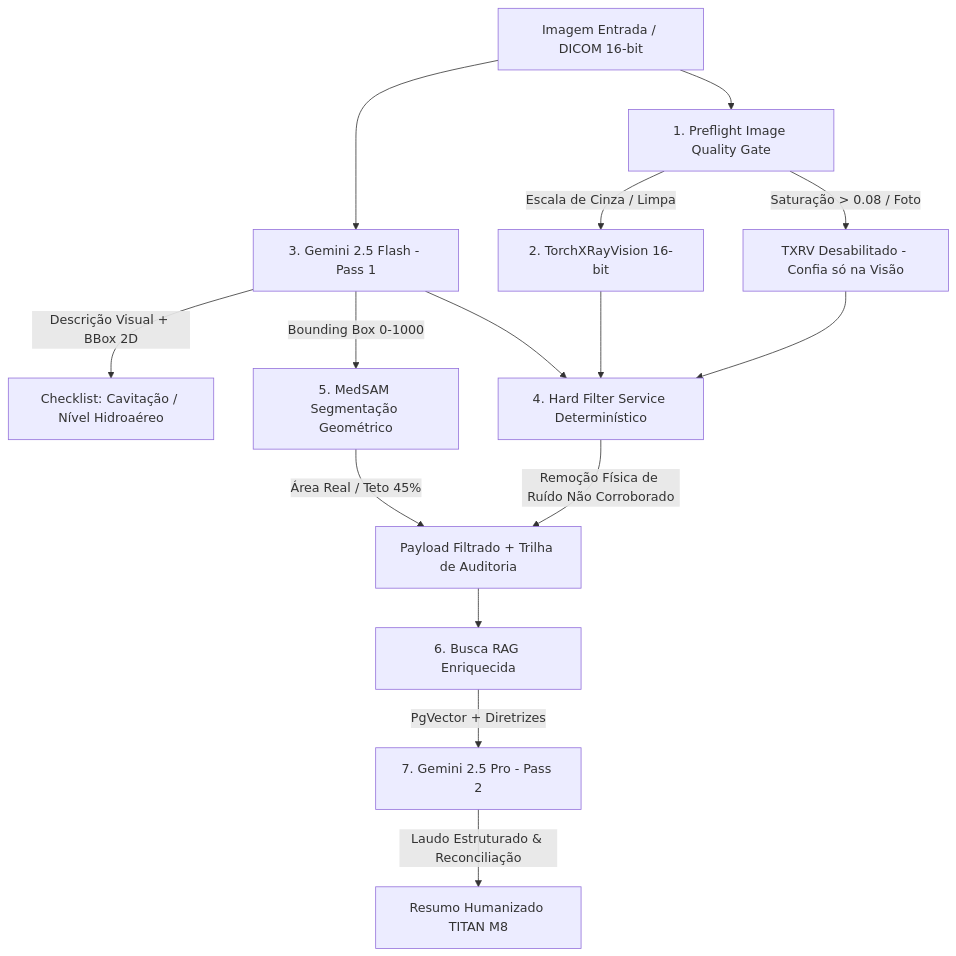
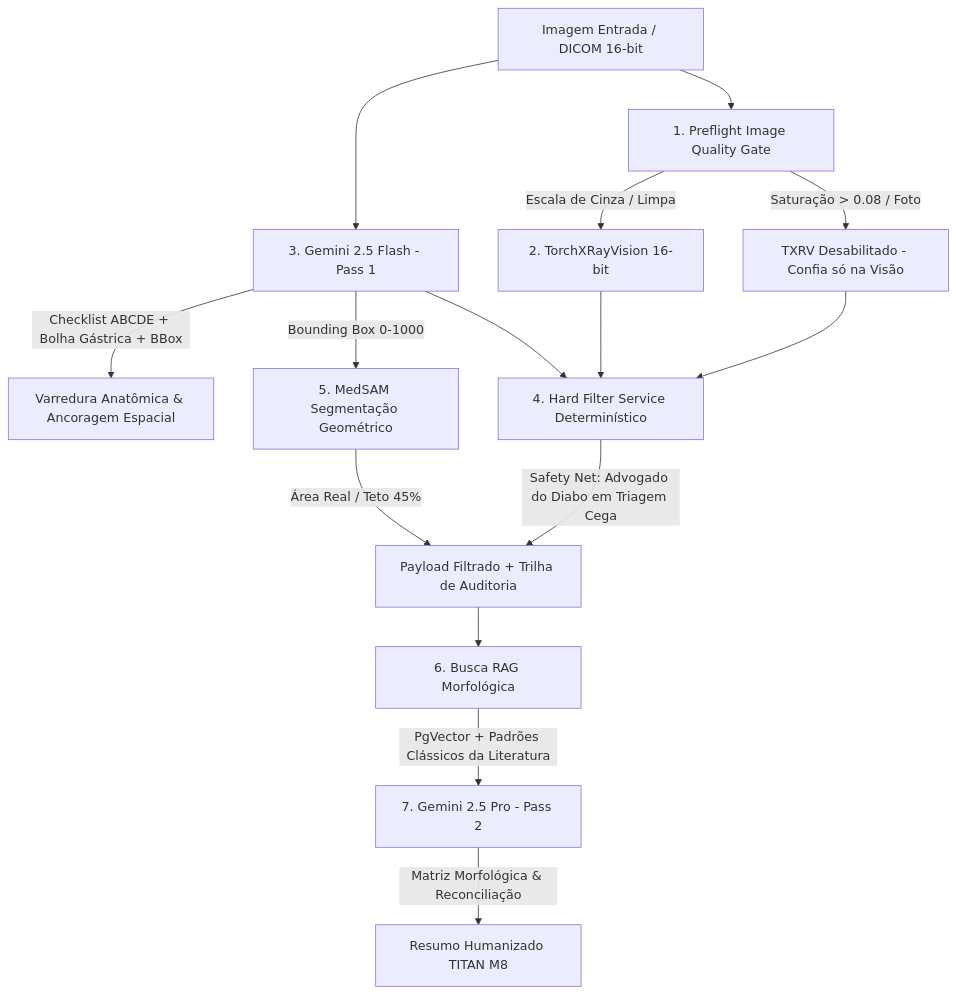
The diagram in 04-Wiki_Conceitos/conceitos/motor-hibrido-ia-tila-engine.md (RyanAguiiarr/Tila_Brain), drawn with Mermaid before and after one commit. The commit also changed other lines of this file and 9 other files, not shown here.

````diff
--- a/04-Wiki_Conceitos/conceitos/motor-hibrido-ia-tila-engine.md
+++ b/04-Wiki_Conceitos/conceitos/motor-hibrido-ia-tila-engine.md
@@ -11,17 +11,17 @@
 ```mermaid
 graph TD
     A[Imagem Entrada / DICOM 16-bit] --> B[1. Preflight Image Quality Gate]
     B -->|Saturação > 0.08 / Foto| C[TXRV Desabilitado - Confia só na Visão]
     B -->|Escala de Cinza / Limpa| D[2. TorchXRayVision 16-bit]
     A --> E[3. Gemini 2.5 Flash - Pass 1]
-    E -->|Descrição Visual + BBox 2D| F[Checklist: Cavitação / Nível Hidroaéreo]
+    E -->|Checklist ABCDE + Bolha Gástrica + BBox| F[Varredura Anatômica & Ancoragem Espacial]
     C --> G[4. Hard Filter Service Determinístico]
     D --> G
     E --> G
-    G -->|Remoção Física de Ruído Não Corroborado| H[Payload Filtrado + Trilha de Auditoria]
+    G -->|Safety Net: Advogado do Diabo em Triagem Cega| H[Payload Filtrado + Trilha de Auditoria]
     E -->|Bounding Box 0-1000| I[5. MedSAM Segmentação Geométrico]
     I -->|Área Real / Teto 45%| H
-    H --> J[6. Busca RAG Enriquecida]
-    J -->|PgVector + Diretrizes| K[7. Gemini 2.5 Pro - Pass 2]
-    K -->|Laudo Estruturado & Reconciliação| L[Resumo Humanizado TITAN M8]
+    H --> J[6. Busca RAG Morfológica]
+    J -->|PgVector + Padrões Clássicos da Literatura| K[7. Gemini 2.5 Pro - Pass 2]
+    K -->|Matriz Morfológica & Reconciliação| L[Resumo Humanizado TITAN M8]
 ```
````
